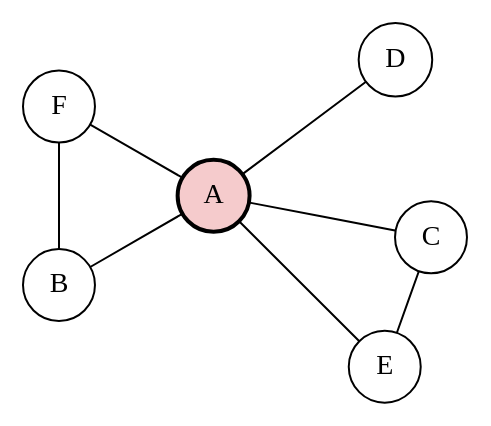
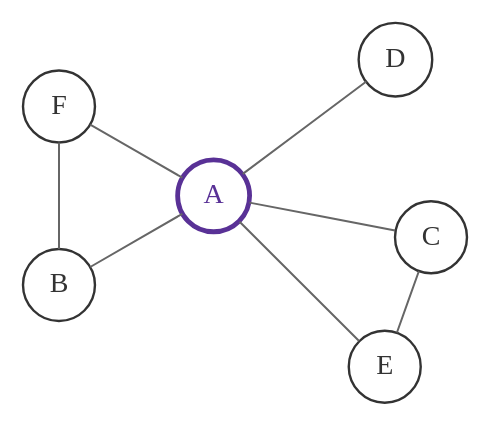
Before and after one commit to skojaku/adv-net-sci: the second of 3 diagrams in lecture-note/m02-small-world/01-concepts.qmd, drawn with Graphviz. The commit also changed other lines of this file and 67 other files, not shown here.

````diff
--- a/lecture-note/m02-small-world/01-concepts.qmd
+++ b/lecture-note/m02-small-world/01-concepts.qmd
@@ -184,24 +203,26 @@
 ```{dot}
 //| fig-width: 3
-//| fig-height: 2.5
-//| fig-cap: "A network of friends"
-//| label: fig-shortest-path
+//| fig-height: 2.6
+//| fig-cap: "A six-node network of friends. We measure clustering at node A."
+//| label: fig-local-clustering
 //| fig-align: center
 graph G {
   layout=circo
-  A [shape=circle, fillcolor="#f5cbcc", style="filled,bold", penwidth=2, pos="0,0!"];
-  B [shape=circle];
-  C [shape=circle];
-  D [shape=circle];
-  E [shape=circle];
-  F [shape=circle];
+  node [shape=circle, color="#333333", fontcolor="#333333", penwidth=1.2];
+  edge [color="#666666"];
+  A [color="#593196", fontcolor="#593196", penwidth=2.4, pos="0,0!"];
+  B;
+  C;
+  D;
+  E;
+  F;
 
   A -- B;
   A -- C;
   A -- D;
   A -- E;
   A -- F;
   B -- F;
   C -- E;
 }
 ```
````
